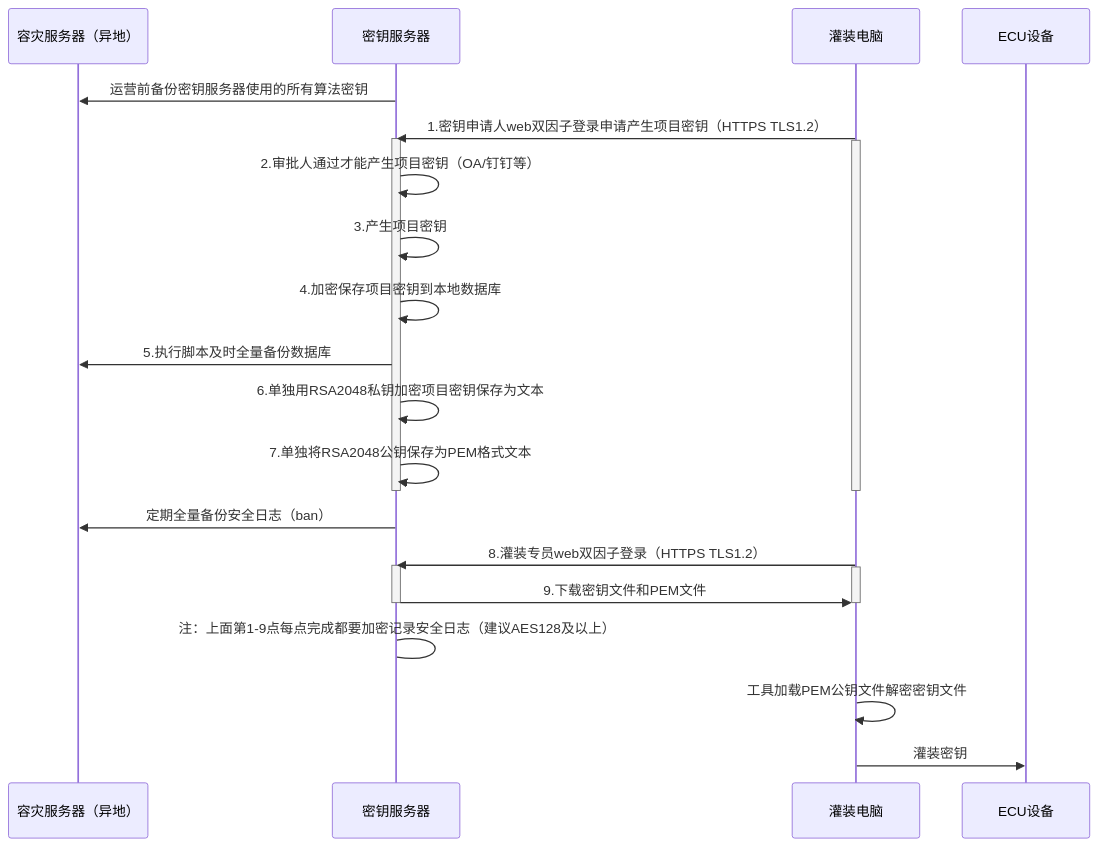
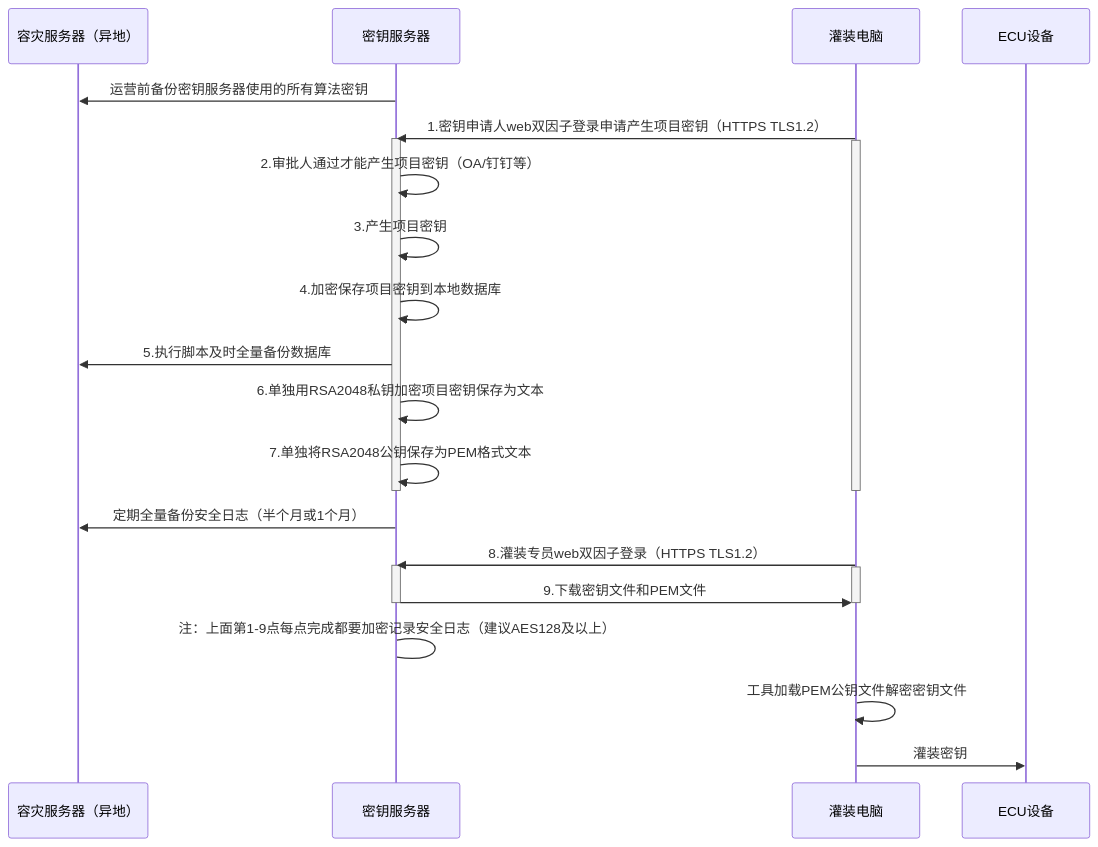
The diagram in all/未命名-15.md (facebook-cloud/iodraw-files), drawn with Mermaid before and after one commit.

Commit message:
2026-02-12 17:19:11 update

````diff
--- a/all/未命名-15.md
+++ b/all/未命名-15.md
@@ -1,34 +1,34 @@
 ```mermaid
 sequenceDiagram
     participant A as 容灾服务器（异地）
     participant B as 密钥服务器
     participant D as 灌装电脑
     participant E as ECU设备
 
     B->>A: 运营前备份密钥服务器使用的所有算法密钥
     D->>B: 1.密钥申请人web双因子登录申请产生项目密钥（HTTPS TLS1.2）
     activate B
     activate D
     B->>B: 2.审批人通过才能产生项目密钥（OA/钉钉等）
     B->>B: 3.产生项目密钥
     B->>B: 4.加密保存项目密钥到本地数据库
     B->>A: 5.执行脚本及时全量备份数据库
     B->>B: 6.单独用RSA2048私钥加密项目密钥保存为文本
     B->>B: 7.单独将RSA2048公钥保存为PEM格式文本
     deactivate B
     deactivate D
 
-    B->>A: 定期全量备份安全日志（ban）
+    B->>A: 定期全量备份安全日志（半个月或1个月）
     
     D->>B: 8.灌装专员web双因子登录（HTTPS TLS1.2）
     activate B
     activate D
     B->>D: 9.下载密钥文件和PEM文件
     deactivate B
     deactivate D
     B->B: 注：上面第1-9点每点完成都要加密记录安全日志（建议AES128及以上）
 
     D->>D:工具加载PEM公钥文件解密密钥文件
     
     D->>E: 灌装密钥
 ```
````
